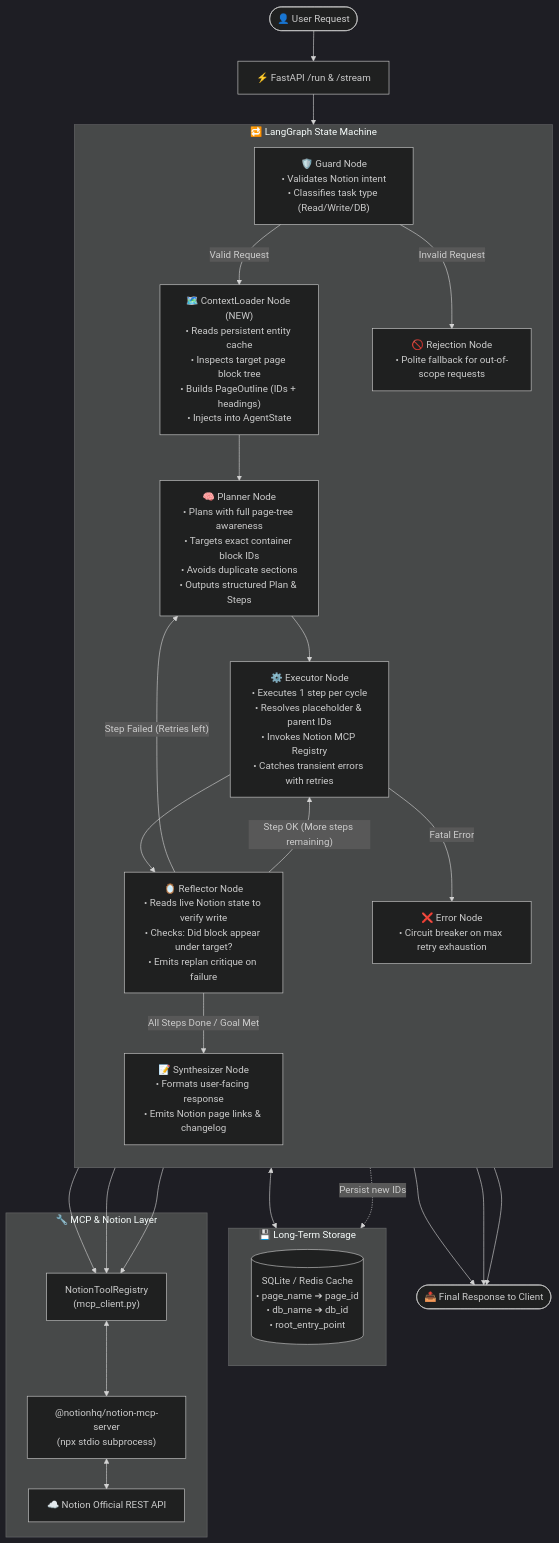
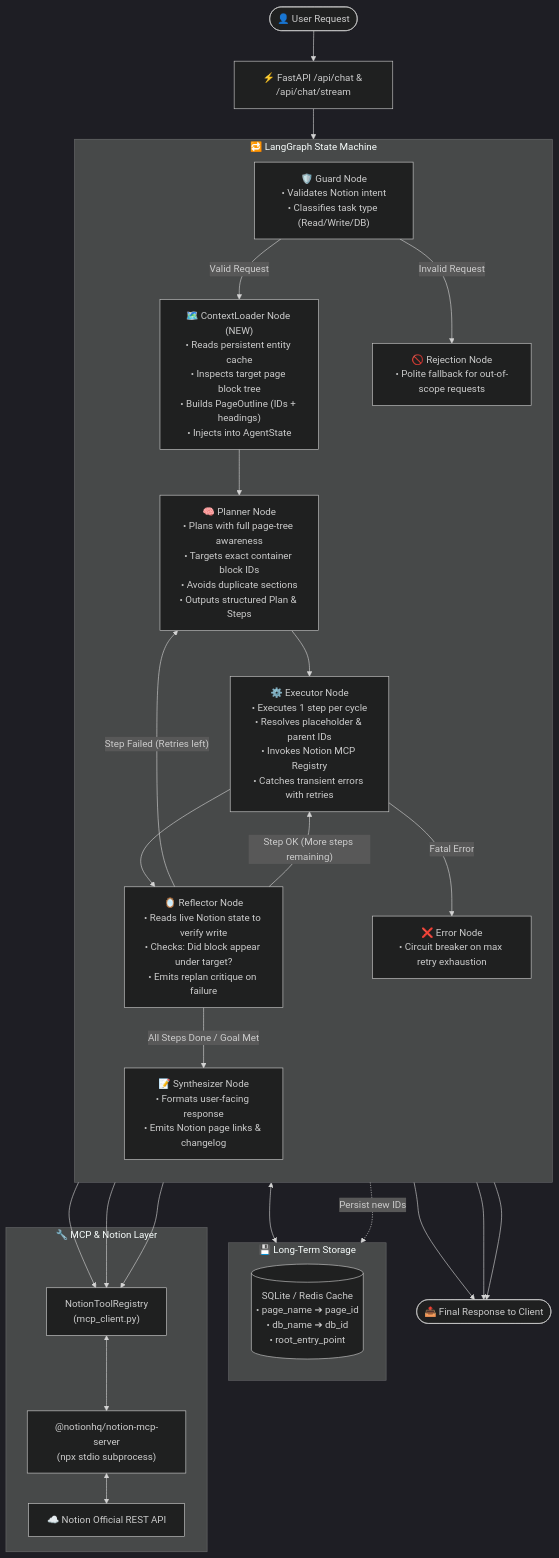
One commit to sivakumar232/Notionagent changed the first of 3 diagrams in README.md. Above: the diagram before and after it, drawn with Mermaid (dark theme). The commit also changed other lines of this file and 5 other files, not shown here.

````diff
--- a/README.md
+++ b/README.md
@@ -77,59 +82,59 @@
 ```mermaid
 flowchart TD
-    USER([👤 User Request]) --> API[⚡ FastAPI /run & /stream]
+    USER([👤 User Request]) --> API[⚡ FastAPI /api/chat & /api/chat/stream]
     API --> GUARD
 
     subgraph LangGraph["🔁 LangGraph State Machine"]
         direction TB
 
         GUARD["🛡️ Guard Node\n• Validates Notion intent\n• Classifies task type (Read/Write/DB)"]
         REJECT["🚫 Rejection Node\n• Polite fallback for out-of-scope requests"]
 
         CTXLOADER["🗺️ ContextLoader Node (NEW)\n• Reads persistent entity cache\n• Inspects target page block tree\n• Builds PageOutline (IDs + headings)\n• Injects into AgentState"]
 
         PLANNER["🧠 Planner Node\n• Plans with full page-tree awareness\n• Targets exact container block IDs\n• Avoids duplicate sections\n• Outputs structured Plan & Steps"]
 
         EXECUTOR["⚙️ Executor Node\n• Executes 1 step per cycle\n• Resolves placeholder & parent IDs\n• Invokes Notion MCP Registry\n• Catches transient errors with retries"]
 
         REFLECTOR["🪞 Reflector Node\n• Reads live Notion state to verify write\n• Checks: Did block appear under target?\n• Emits replan critique on failure"]
 
         SYNTH["📝 Synthesizer Node\n• Formats user-facing response\n• Emits Notion page links & changelog"]
 
         ERR["❌ Error Node\n• Circuit breaker on max retry exhaustion"]
 
         GUARD -- "Valid Request" --> CTXLOADER
         GUARD -- "Invalid Request" --> REJECT
         CTXLOADER --> PLANNER
         PLANNER --> EXECUTOR
         EXECUTOR --> REFLECTOR
 
         REFLECTOR -- "Step Failed (Retries left)" --> PLANNER
         REFLECTOR -- "Step OK (More steps remaining)" --> EXECUTOR
         REFLECTOR -- "All Steps Done / Goal Met" --> SYNTH
         EXECUTOR -- "Fatal Error" --> ERR
     end
 
     subgraph MEMORY["💾 Long-Term Storage"]
         STORE[("SQLite / Redis Cache\n• page_name ➔ page_id\n• db_name ➔ db_id\n• root_entry_point")]
     end
 
     CTXLOADER <--> MEMORY
     EXECUTOR -.->|Persist new IDs| MEMORY
 
     subgraph INFRA["🔧 MCP & Notion Layer"]
         REGISTRY["NotionToolRegistry\n(mcp_client.py)"]
         MCPSERVER["@notionhq/notion-mcp-server\n(npx stdio subprocess)"]
         NOTIONAPI["☁️ Notion Official REST API"]
 
         REGISTRY <--> MCPSERVER
         MCPSERVER <--> NOTIONAPI
     end
 
     EXECUTOR --> REGISTRY
     CTXLOADER --> REGISTRY
     REFLECTOR --> REGISTRY
 
     SYNTH --> OUT([📤 Final Response to Client])
     REJECT --> OUT
     ERR --> OUT
 ```
````
